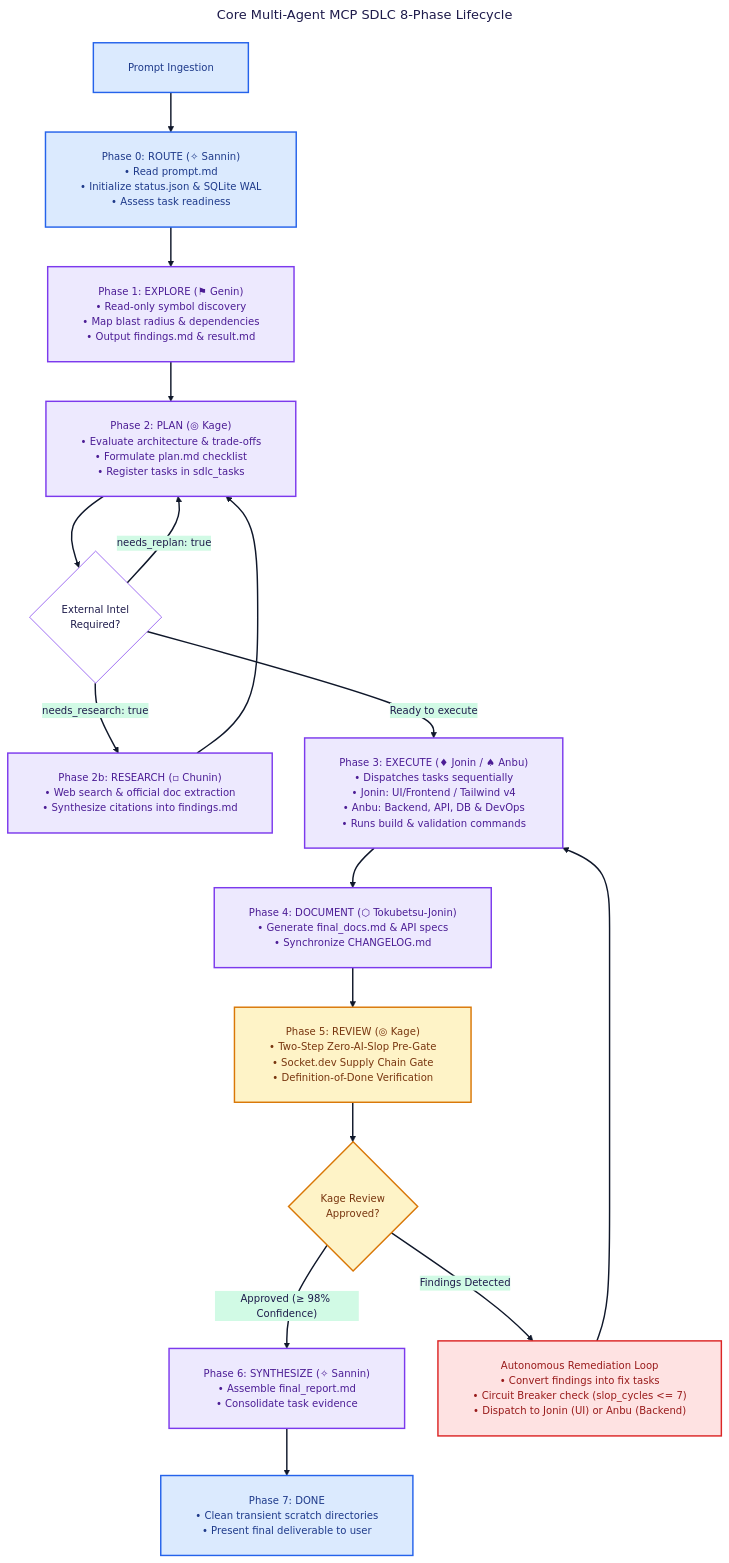
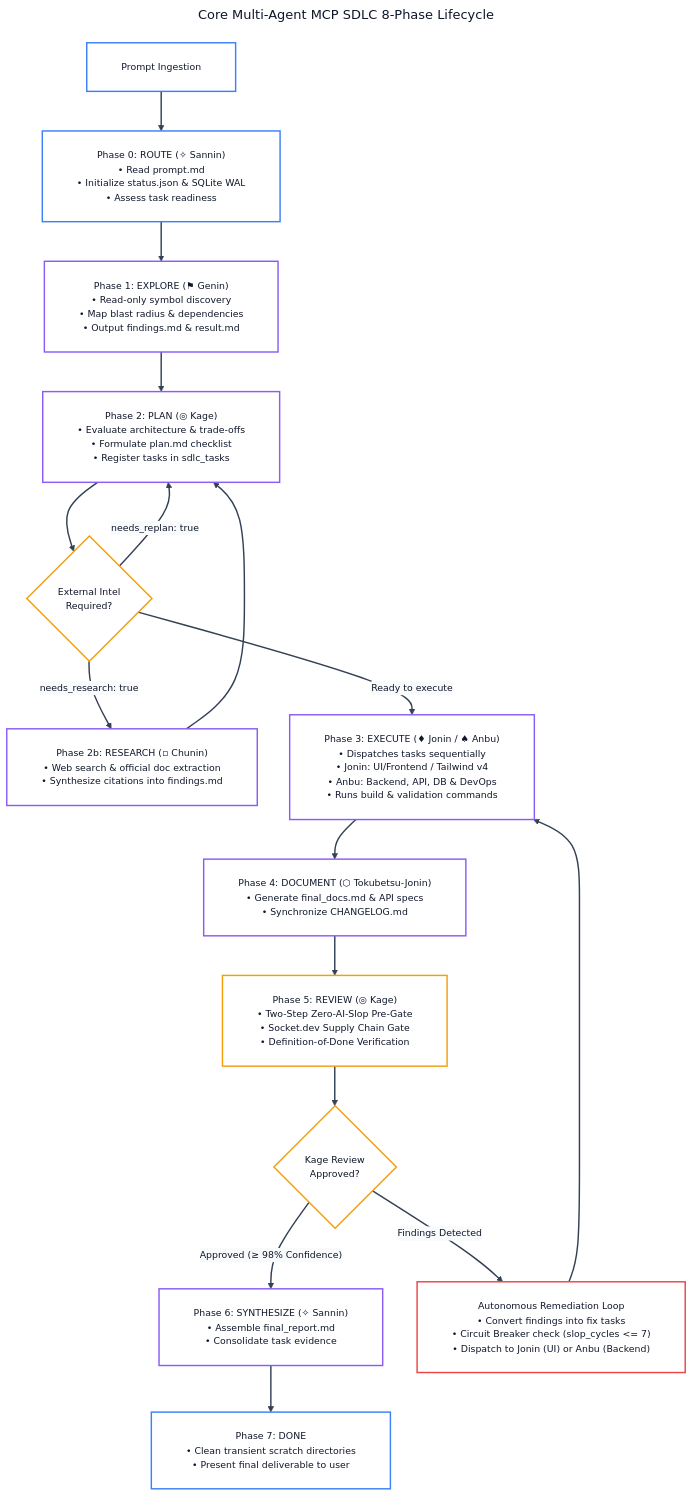
The second of 14 diagrams in docs/ALL-WORKFLOW-DIAGRAMS.md (andycungkrinx91/konoha), drawn with Mermaid before and after one commit. The commit also changed other lines of this file and 107 other files, not shown here.

````diff
--- a/docs/ALL-WORKFLOW-DIAGRAMS.md
+++ b/docs/ALL-WORKFLOW-DIAGRAMS.md
@@ -100,54 +107,58 @@
 ```mermaid
 ---
 title: Core Multi-Agent MCP SDLC 8-Phase Lifecycle
 config:
   theme: base
   themeVariables:
+    darkMode: false
     background: '#ffffff'
     mainBkg: '#ffffff'
-    primaryColor: '#ede9fe'
-    primaryTextColor: '#1e1b4b'
-    primaryBorderColor: '#7c3aed'
-    lineColor: '#0f172a'
-    arrowheadColor: '#0f172a'
-    secondaryColor: '#d1fae5'
-    tertiaryColor: '#dbeafe'
-    fontFamily: 'Inter, system-ui, sans-serif'
-    fontSize: '14px'
+    primaryColor: '#ffffff'
+    primaryTextColor: '#0f172a'
+    primaryBorderColor: '#8b5cf6'
+    lineColor: '#334155'
+    arrowheadColor: '#334155'
+    secondaryColor: '#f8fafc'
+    tertiaryColor: '#ffffff'
+    fontFamily: 'Inter, system-ui, -apple-system, sans-serif'
+    fontSize: '13px'
   flowchart:
     nodeSpacing: 45
     rankSpacing: 55
     padding: 24
     wrappingWidth: 380
 ---
 flowchart TD
-    Init["Prompt Ingestion"] --> Phase0["Phase 0: ROUTE (✧ Sannin)<br/>• Read prompt.md<br/>• Initialize status.json & SQLite WAL<br/>• Assess task readiness"]
-    Phase0 --> Phase1["Phase 1: EXPLORE (⚑ Genin)<br/>• Read-only symbol discovery<br/>• Map blast radius & dependencies<br/>• Output findings.md & result.md"]
-    Phase1 --> Phase2["Phase 2: PLAN (◎ Kage)<br/>• Evaluate architecture & trade-offs<br/>• Formulate plan.md checklist<br/>• Register tasks in sdlc_tasks"]
+    Init["Prompt Ingestion"] --> Phase0["Phase 0: ROUTE (✧ Sannin)<br/>• Read prompt.md<br/>• Initialize status.json &amp; SQLite WAL<br/>• Assess task readiness"]
+    Phase0 --> Phase1["Phase 1: EXPLORE (⚑ Genin)<br/>• Read-only symbol discovery<br/>• Map blast radius &amp; dependencies<br/>• Output findings.md &amp; result.md"]
+    Phase1 --> Phase2["Phase 2: PLAN (◎ Kage)<br/>• Evaluate architecture &amp; trade-offs<br/>• Formulate plan.md checklist<br/>• Register tasks in sdlc_tasks"]
 
     Phase2 --> CheckResearch{"External Intel<br/>Required?"}
-    CheckResearch -- "needs_research: true" --> Phase2b["Phase 2b: RESEARCH (▫ Chunin)<br/>• Web search & official doc extraction<br/>• Synthesize citations into findings.md"]
+    CheckResearch -- "needs_research: true" --> Phase2b["Phase 2b: RESEARCH (▫ Chunin)<br/>• Web search &amp; official doc extraction<br/>• Synthesize citations into findings.md"]
     Phase2b --> Phase2
     CheckResearch -- "needs_replan: true" --> Phase2
-    CheckResearch -- "Ready to execute" --> Phase3["Phase 3: EXECUTE (♦ Jonin / ♠ Anbu)<br/>• Dispatches tasks sequentially<br/>• Jonin: UI/Frontend / Tailwind v4<br/>• Anbu: Backend, API, DB & DevOps<br/>• Runs build & validation commands"]
+    CheckResearch -- "Ready to execute" --> Phase3["Phase 3: EXECUTE (♦ Jonin / ♠ Anbu)<br/>• Dispatches tasks sequentially<br/>• Jonin: UI/Frontend / Tailwind v4<br/>• Anbu: Backend, API, DB &amp; DevOps<br/>• Runs build &amp; validation commands"]
 
-    Phase3 --> Phase4["Phase 4: DOCUMENT (⬡ Tokubetsu-Jonin)<br/>• Generate final_docs.md & API specs<br/>• Synchronize CHANGELOG.md"]
+    Phase3 --> Phase4["Phase 4: DOCUMENT (⬡ Tokubetsu-Jonin)<br/>• Generate final_docs.md &amp; API specs<br/>• Synchronize CHANGELOG.md"]
     Phase4 --> Phase5["Phase 5: REVIEW (◎ Kage)<br/>• Two-Step Zero-AI-Slop Pre-Gate<br/>• Socket.dev Supply Chain Gate<br/>• Definition-of-Done Verification"]
 
     Phase5 --> CheckReview{"Kage Review<br/>Approved?"}
     CheckReview -- "Approved (≥ 98% Confidence)" --> Phase6["Phase 6: SYNTHESIZE (✧ Sannin)<br/>• Assemble final_report.md<br/>• Consolidate task evidence"]
     Phase6 --> Phase7["Phase 7: DONE<br/>• Clean transient scratch directories<br/>• Present final deliverable to user"]
 
     CheckReview -- "Findings Detected" --> Remediation["Autonomous Remediation Loop<br/>• Convert findings into fix tasks<br/>• Circuit Breaker check (slop_cycles <= 7)<br/>• Dispatch to Jonin (UI) or Anbu (Backend)"]
     Remediation --> Phase3
 
-    linkStyle default stroke:#0f172a,stroke-width:2px;
-    classDef route fill:#dbeafe,stroke:#2563eb,color:#1e3a8a,stroke-width:2px;
-    classDef execute fill:#ede9fe,stroke:#7c3aed,color:#4c1d95,stroke-width:2px;
-    classDef review fill:#fef3c7,stroke:#d97706,color:#78350f,stroke-width:2px;
-    classDef remediation fill:#fee2e2,stroke:#dc2626,color:#991b1b,stroke-width:2px;
-    class Phase0,Init,Phase7 route;
-    class Phase1,Phase2,Phase2b,Phase3,Phase4,Phase6 execute;
-    class Phase5,CheckReview review;
-    class Remediation remediation;
+    linkStyle default stroke:#334155,stroke-width:2px;
+
+    classDef routeNode fill:#ffffff,stroke:#3b82f6,color:#0f172a,stroke-width:2px;
+    classDef executeNode fill:#ffffff,stroke:#8b5cf6,color:#0f172a,stroke-width:2px;
+    classDef reviewNode fill:#ffffff,stroke:#f59e0b,color:#0f172a,stroke-width:2px;
+    classDef failNode fill:#ffffff,stroke:#ef4444,color:#0f172a,stroke-width:2px;
+    classDef passNode fill:#ffffff,stroke:#10b981,color:#0f172a,stroke-width:2px;
+
+    class Init,Phase0,Phase7 routeNode;
+    class Phase1,Phase2,Phase2b,Phase3,Phase4,Phase6 executeNode;
+    class Phase5,CheckReview,CheckResearch reviewNode;
+    class Remediation failNode;
 ```
````
